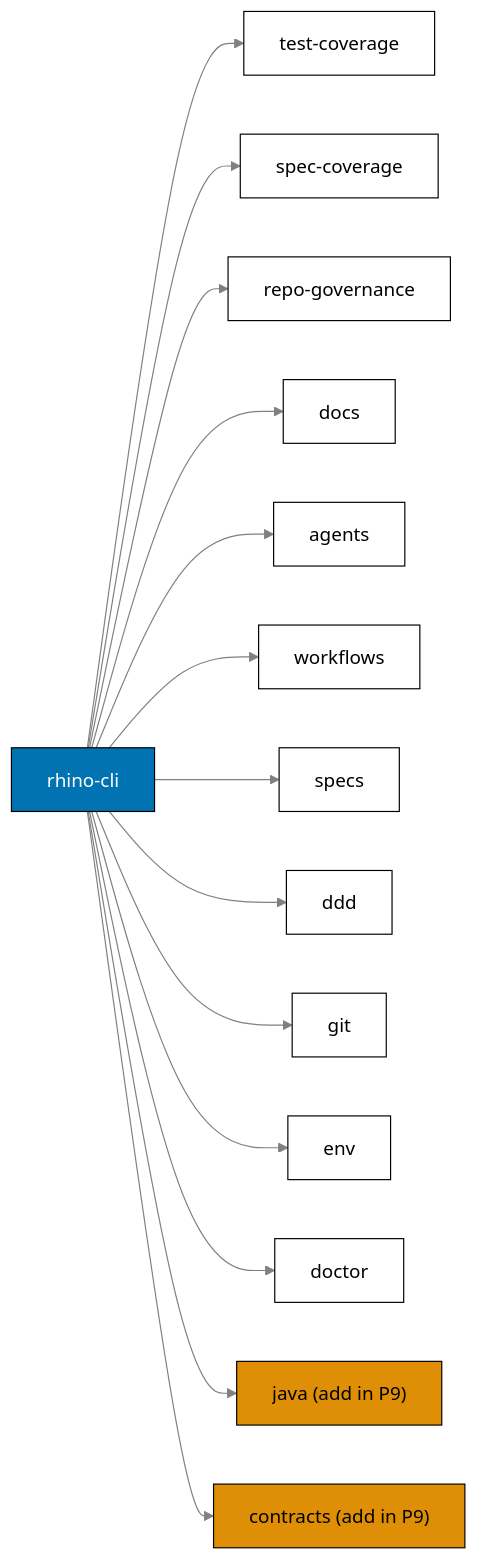
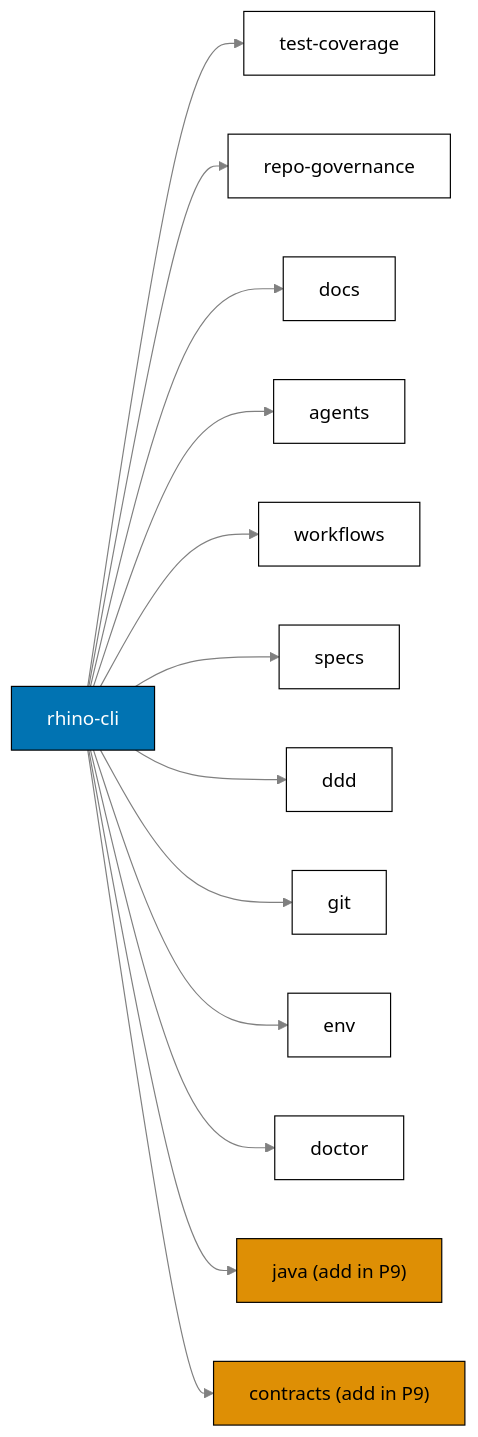
One commit to wahidyankf/baseerah changed the first of 8 diagrams in plans/in-progress/standardize-repo-toolchain-parity/tech-docs.md. Above: the diagram before and after it, drawn with Mermaid. The commit also changed other lines of this file and 4 other files, not shown here.

First line of the commit message:
docs(plans): add lifecycle table, descriptive rhino-cli reference, fold spec-coverage, dedup

````diff
--- a/plans/in-progress/standardize-repo-toolchain-parity/tech-docs.md
+++ b/plans/in-progress/standardize-repo-toolchain-parity/tech-docs.md
@@ -82,34 +89,32 @@
 ```mermaid
 %% rhino-cli union command surface tree
 flowchart LR
   ROOT["rhino-cli"]
   ROOT --> TC["test-coverage"]
-  ROOT --> SC["spec-coverage"]
   ROOT --> RG["repo-governance"]
   ROOT --> DOCS["docs"]
   ROOT --> AG["agents"]
   ROOT --> WF["workflows"]
   ROOT --> SP["specs"]
   ROOT --> DDD["ddd"]
   ROOT --> GIT["git"]
   ROOT --> ENV["env"]
   ROOT --> DOC["doctor"]
   ROOT --> JAVA["java (add in P9)"]
   ROOT --> CON["contracts (add in P9)"]
 
   linkStyle default stroke:#808080,stroke-width:1px
   style ROOT fill:#0173B2,stroke:#000000,color:#FFFFFF
   style TC fill:#FFFFFF,stroke:#000000,color:#000000
-  style SC fill:#FFFFFF,stroke:#000000,color:#000000
   style RG fill:#FFFFFF,stroke:#000000,color:#000000
   style DOCS fill:#FFFFFF,stroke:#000000,color:#000000
   style AG fill:#FFFFFF,stroke:#000000,color:#000000
   style WF fill:#FFFFFF,stroke:#000000,color:#000000
   style SP fill:#FFFFFF,stroke:#000000,color:#000000
   style DDD fill:#FFFFFF,stroke:#000000,color:#000000
   style GIT fill:#FFFFFF,stroke:#000000,color:#000000
   style ENV fill:#FFFFFF,stroke:#000000,color:#000000
   style DOC fill:#FFFFFF,stroke:#000000,color:#000000
   style JAVA fill:#DE8F05,stroke:#000000,color:#000000
   style CON fill:#DE8F05,stroke:#000000,color:#000000
 ```
````
